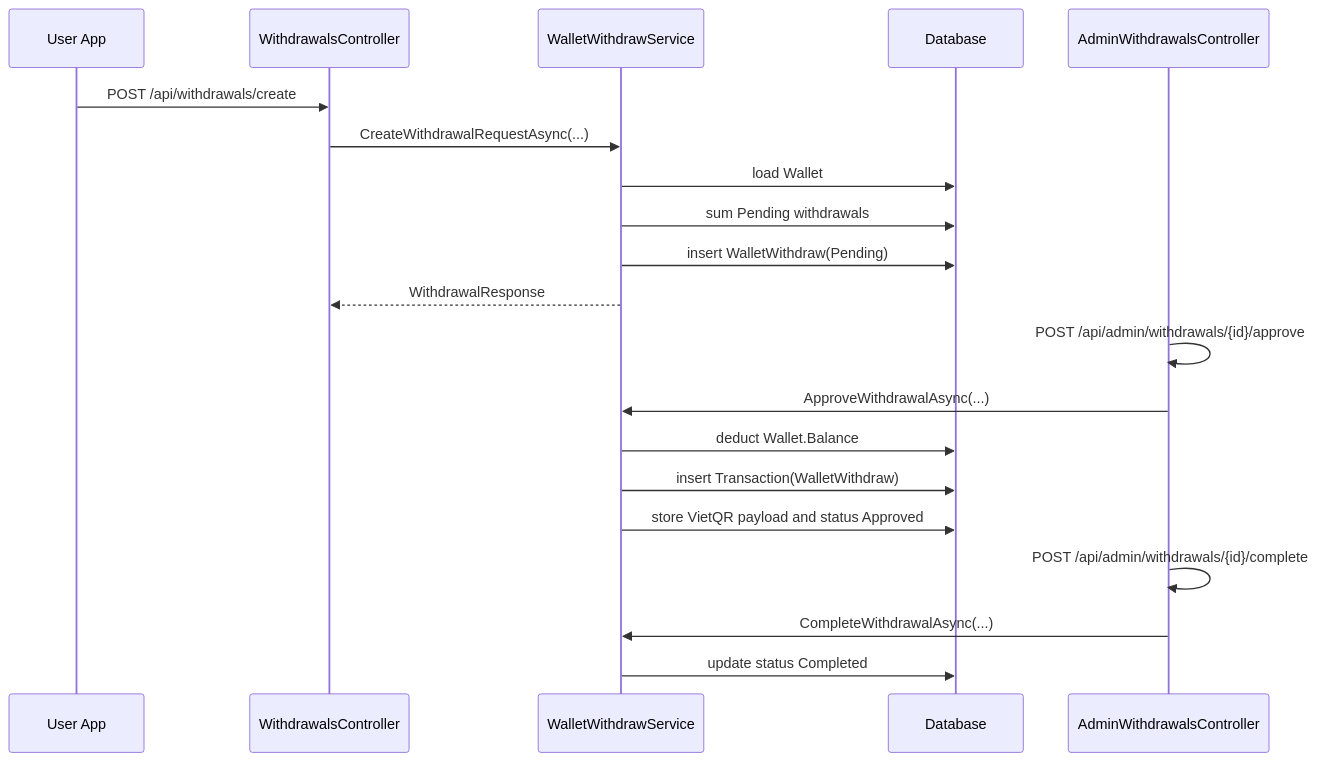
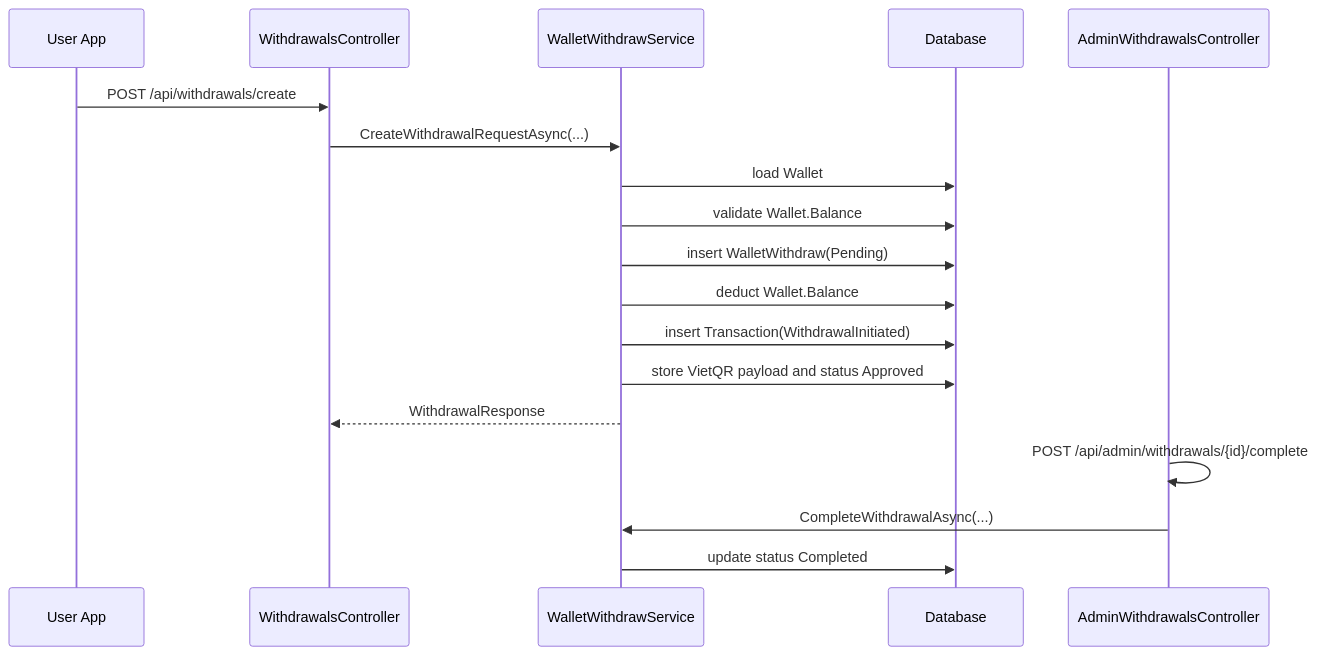
Before and after one commit to Snake-AID/SnakeAid.Docs: the second of 3 diagrams in Docs/05-Backend/02-layers/wallet-withdrawal-processing/wallet-withdrawal-processing.sourcecode.md, drawn with Mermaid. The commit also changed other lines of this file and 4 other files, not shown here.

Commit message:
docs(wallet-withdrawal-processing): update transaction types and clarify wallet balance handling in documentation

````diff
--- a/Docs/05-Backend/02-layers/wallet-withdrawal-processing/wallet-withdrawal-processing.sourcecode.md
+++ b/Docs/05-Backend/02-layers/wallet-withdrawal-processing/wallet-withdrawal-processing.sourcecode.md
@@ -149,25 +149,22 @@
 ```mermaid
 sequenceDiagram
     participant User as User App
     participant API as WithdrawalsController
     participant Service as WalletWithdrawService
     participant DB as Database
     participant Admin as AdminWithdrawalsController
 
     User->>API: POST /api/withdrawals/create
     API->>Service: CreateWithdrawalRequestAsync(...)
     Service->>DB: load Wallet
-    Service->>DB: sum Pending withdrawals
+    Service->>DB: validate Wallet.Balance
     Service->>DB: insert WalletWithdraw(Pending)
+    Service->>DB: deduct Wallet.Balance
+    Service->>DB: insert Transaction(WithdrawalInitiated)
+    Service->>DB: store VietQR payload and status Approved
     Service-->>API: WithdrawalResponse
-
-    Admin->>Admin: POST /api/admin/withdrawals/{id}/approve
-    Admin->>Service: ApproveWithdrawalAsync(...)
-    Service->>DB: deduct Wallet.Balance
-    Service->>DB: insert Transaction(WalletWithdraw)
-    Service->>DB: store VietQR payload and status Approved
 
     Admin->>Admin: POST /api/admin/withdrawals/{id}/complete
     Admin->>Service: CompleteWithdrawalAsync(...)
     Service->>DB: update status Completed
 ```
````
